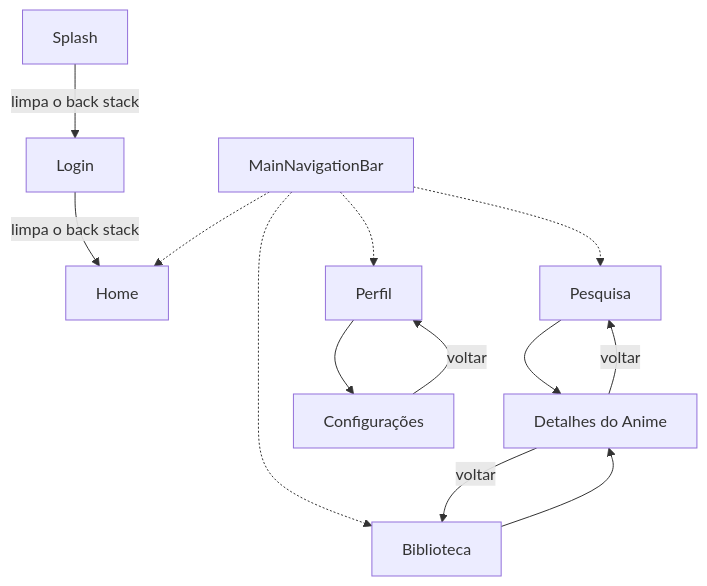
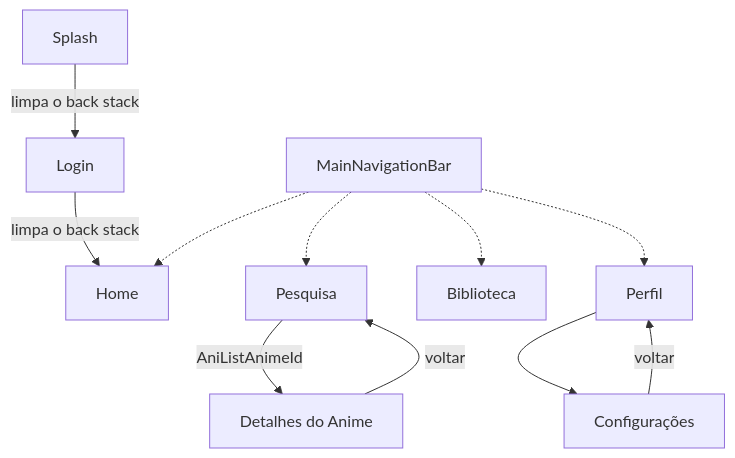
One commit to Drufontael/mykytadu-app changed the first of 10 diagrams in docs/modelagem.md. Above: the diagram before and after it, drawn with Mermaid. The commit also changed other lines of this file and 23 other files, not shown here.

Commit message:
feat(search): navigate to details with AniList ID

````diff
--- a/docs/modelagem.md
+++ b/docs/modelagem.md
@@ -131,31 +131,29 @@
 ```mermaid
 flowchart TD
     Splash["Splash"]
 
     Login["Login"]
     Home["Home"]
     Search["Pesquisa"]
     AnimeDetails["Detalhes do Anime"]
     Library["Biblioteca"]
     Profile["Perfil"]
     Settings["Configurações"]
 
     MainNavigation["MainNavigationBar"]
 
     Splash -->|limpa o back stack| Login
     Login -->|limpa o back stack| Home
 
     MainNavigation -.-> Home
     MainNavigation -.-> Search
     MainNavigation -.-> Library
     MainNavigation -.-> Profile
 
-    Search --> AnimeDetails
-    Library --> AnimeDetails
+    Search -->|AniListAnimeId| AnimeDetails
 
     Profile --> Settings
 
     AnimeDetails -->|voltar| Search
-    AnimeDetails -->|voltar| Library
     Settings -->|voltar| Profile
 ```
````
